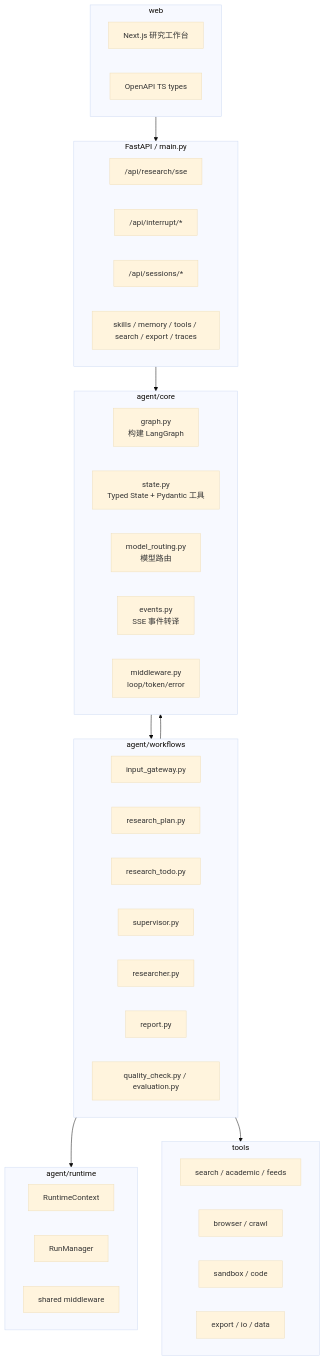
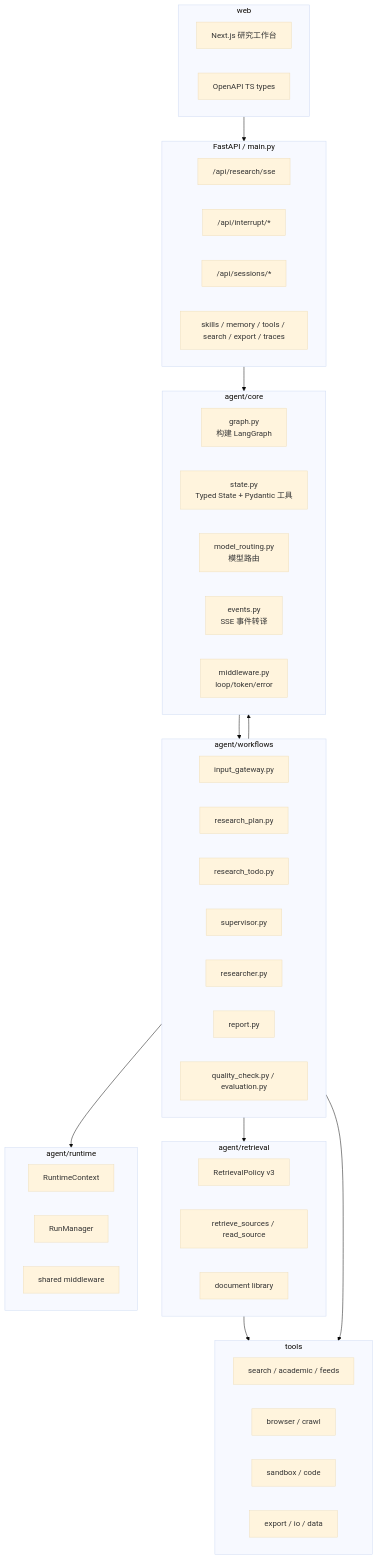
Before and after one commit to LittleSongxx/SoulSearcher: the second of 6 diagrams in README.md, drawn with Mermaid (base theme). The commit also changed other lines of this file and 66 other files, not shown here.

Commit message:
Converge retrieval architecture

````diff
--- a/README.md
+++ b/README.md
@@ -53,52 +53,60 @@
 ```mermaid
 flowchart TB
     subgraph API["FastAPI / main.py"]
         SSE["/api/research/sse"]
         INT["/api/interrupt/*"]
         SES["/api/sessions/*"]
         AUX["skills / memory / tools / search / export / traces"]
     end
 
     subgraph Core["agent/core"]
         Graph["graph.py\n构建 LangGraph"]
         State["state.py\nTyped State + Pydantic 工具"]
         Routing["model_routing.py\n模型路由"]
         Events["events.py\nSSE 事件转译"]
         Middleware["middleware.py\nloop/token/error"]
     end
 
     subgraph Workflow["agent/workflows"]
         Gateway["input_gateway.py"]
         Plan["research_plan.py"]
         Todo["research_todo.py"]
         Supervisor["supervisor.py"]
         Researcher["researcher.py"]
         Report["report.py"]
         Eval["quality_check.py / evaluation.py"]
     end
 
+    subgraph Retrieval["agent/retrieval"]
+        Policy["RetrievalPolicy v3"]
+        GatewayTool["retrieve_sources / read_source"]
+        Library["document library"]
+    end
+
     subgraph Runtime["agent/runtime"]
         Context["RuntimeContext"]
         Runs["RunManager"]
         Shared["shared middleware"]
     end
 
     subgraph Tools["tools"]
         Search["search / academic / feeds"]
         Browser["browser / crawl"]
         Sandbox["sandbox / code"]
         Export["export / io / data"]
     end
 
     subgraph Web["web"]
         UI["Next.js 研究工作台"]
         Types["OpenAPI TS types"]
     end
 
     Web --> API
     API --> Core
     Core --> Workflow
     Workflow --> Runtime
+    Workflow --> Retrieval
+    Retrieval --> Tools
     Workflow --> Tools
     Workflow --> Core
 ```
````
